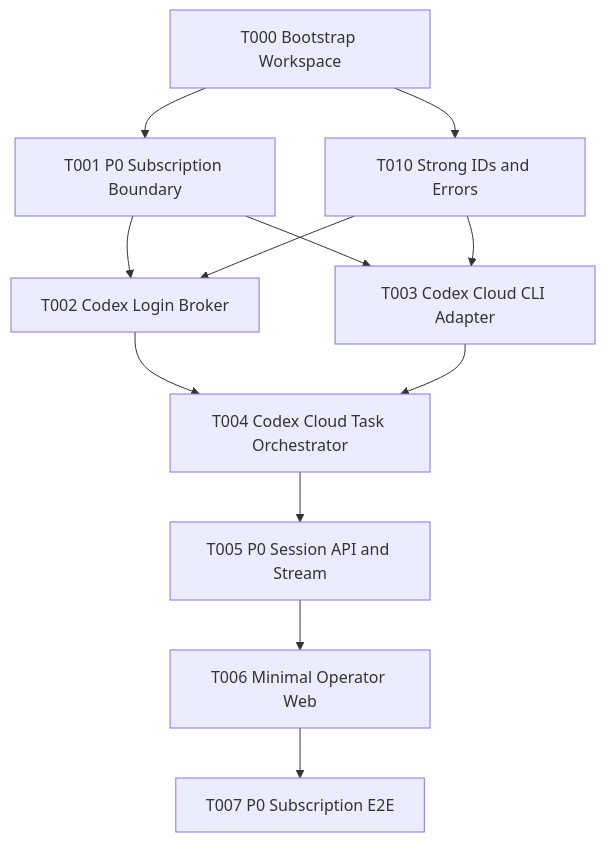
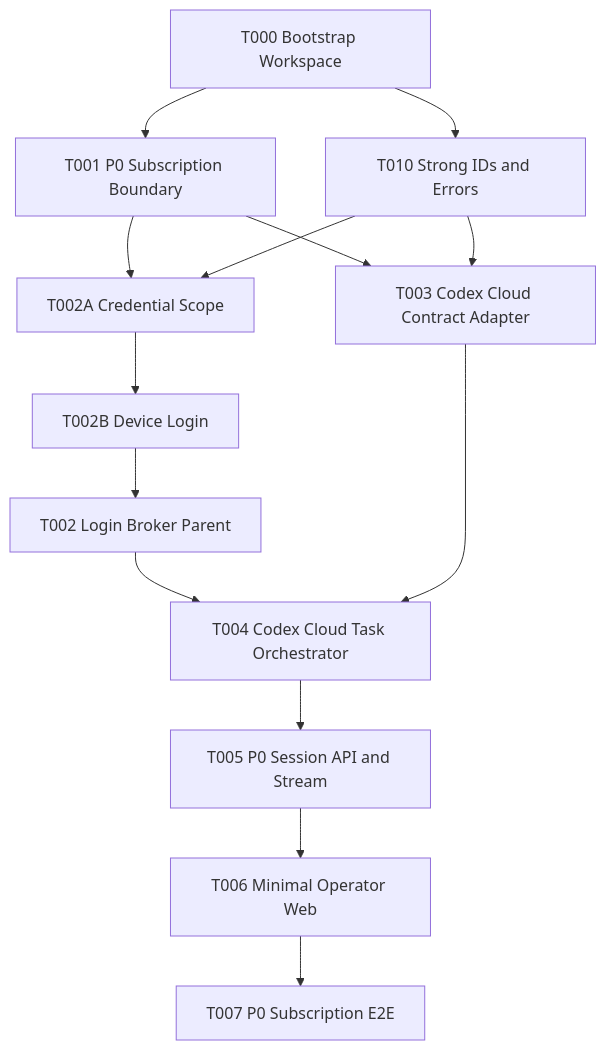
The third of 4 diagrams in docs/TD.md (fallrising/fanzloud), drawn with Mermaid before and after one commit. The commit also changed other lines of this file and 48 other files, not shown here.

Commit message:
feat: add secure Codex login broker

````diff
--- a/docs/TD.md
+++ b/docs/TD.md
@@ -1608,14 +1609,16 @@
 ```mermaid
 flowchart TD
     T000[T000 Bootstrap Workspace] --> T001[T001 P0 Subscription Boundary]
     T000 --> T010[T010 Strong IDs and Errors]
-    T001 --> T002[T002 Codex Login Broker]
-    T001 --> T003[T003 Codex Cloud CLI Adapter]
-    T010 --> T002
+    T001 --> T002A[T002A Credential Scope]
+    T010 --> T002A
+    T002A --> T002B[T002B Device Login]
+    T002B --> T002[T002 Login Broker Parent]
+    T001 --> T003[T003 Codex Cloud Contract Adapter]
     T010 --> T003
     T002 --> T004[T004 Codex Cloud Task Orchestrator]
     T003 --> T004
     T004 --> T005[T005 P0 Session API and Stream]
     T005 --> T006[T006 Minimal Operator Web]
     T006 --> T007[T007 P0 Subscription E2E]
 ```
````
